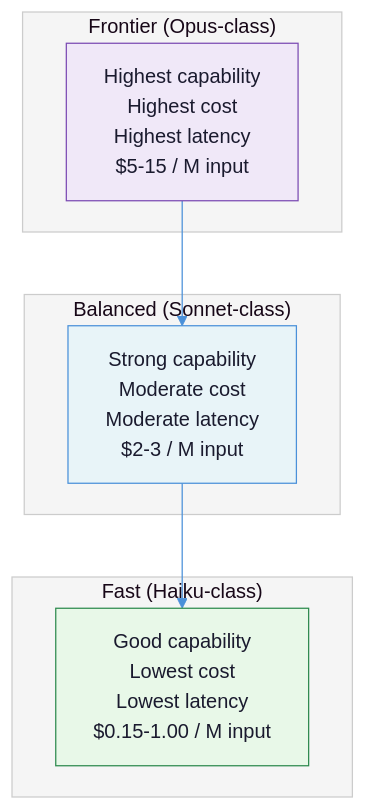
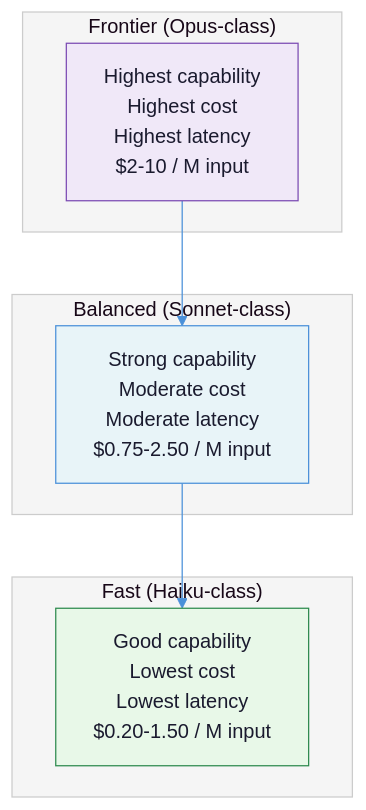
The fourth of 4 diagrams in docs/llm-fundamentals-for-practitioners.md (Rmohid/agentic-engineering-docs), drawn with Mermaid before and after one commit. The commit also changed other lines of this file and 3 other files, not shown here.

````diff
--- a/docs/llm-fundamentals-for-practitioners.md
+++ b/docs/llm-fundamentals-for-practitioners.md
@@ -405,17 +420,17 @@
 ```mermaid
 %%{init: {'theme': 'base', 'themeVariables': {'primaryColor': '#e8f4f8', 'primaryTextColor': '#1a1a2e', 'primaryBorderColor': '#4a90d9', 'lineColor': '#4a90d9', 'secondaryColor': '#f0e8f8', 'tertiaryColor': '#e8f8e8', 'clusterBkg': '#f5f5f5', 'clusterBorder': '#cccccc', 'edgeLabelBackground': '#f5f5f5'}}}%%
 graph TD
     subgraph "Frontier (Opus-class)"
-        O["Highest capability<br/>Highest cost<br/>Highest latency<br/>$5-15 / M input"]
+        O["Highest capability<br/>Highest cost<br/>Highest latency<br/>$2-10 / M input"]
     end
     subgraph "Balanced (Sonnet-class)"
-        S["Strong capability<br/>Moderate cost<br/>Moderate latency<br/>$2-3 / M input"]
+        S["Strong capability<br/>Moderate cost<br/>Moderate latency<br/>$0.75-2.50 / M input"]
     end
     subgraph "Fast (Haiku-class)"
-        H["Good capability<br/>Lowest cost<br/>Lowest latency<br/>$0.15-1.00 / M input"]
+        H["Good capability<br/>Lowest cost<br/>Lowest latency<br/>$0.20-1.50 / M input"]
     end
     O --> S --> H
     style O fill:#f0e8f8,stroke:#7b4bb3
     style S fill:#e8f4f8,stroke:#4a90d9
     style H fill:#e8f8e8,stroke:#2d8a4e
 ```
````
